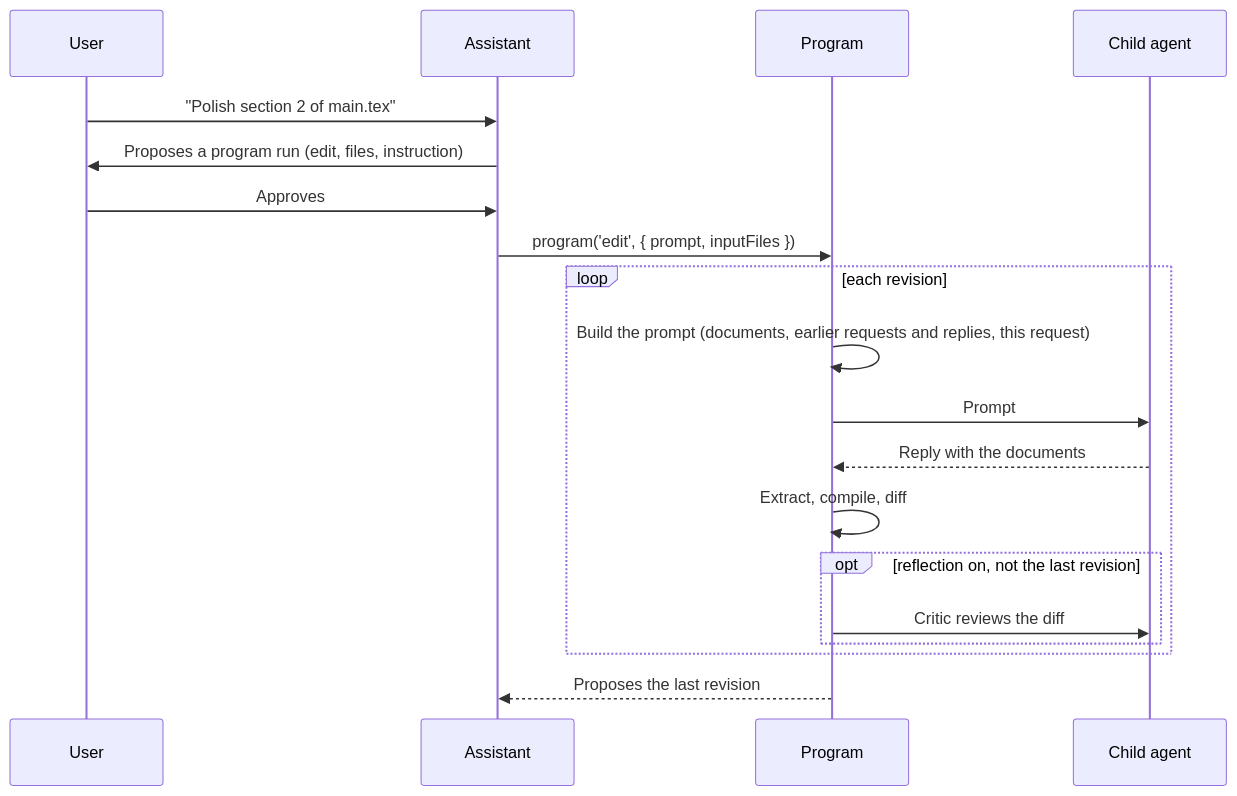
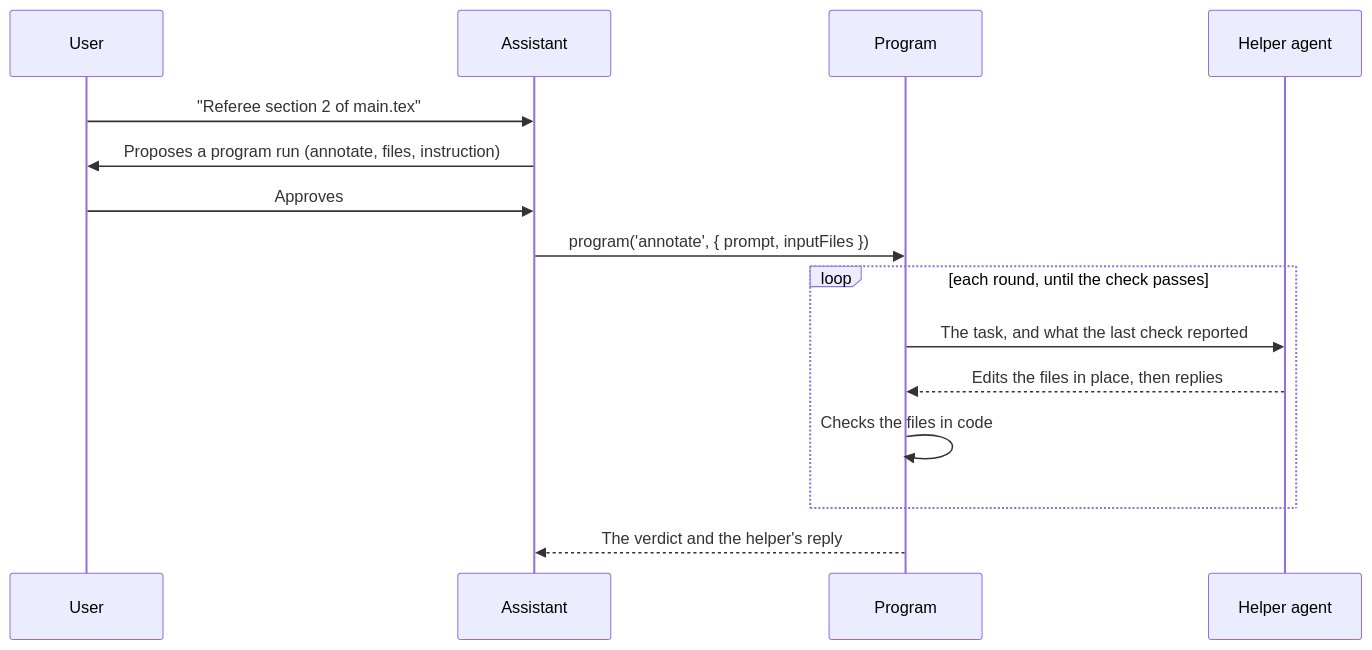
The diagram in docs/guide/agent-architecture.md (LionSR/TeXRA), drawn with Mermaid before and after one commit. The commit also changed other lines of this file and 370 other files, not shown here.

````diff
--- a/docs/guide/agent-architecture.md
+++ b/docs/guide/agent-architecture.md
@@ -42,22 +15,18 @@
 ```mermaid
 sequenceDiagram
     participant User
     participant Assistant
     participant Program
-    participant Child agent
+    participant Helper agent
 
-    User->>Assistant: "Polish section 2 of main.tex"
-    Assistant->>User: Proposes a program run (edit, files, instruction)
+    User->>Assistant: "Referee section 2 of main.tex"
+    Assistant->>User: Proposes a program run (annotate, files, instruction)
     User->>Assistant: Approves
-    Assistant->>Program: program('edit', { prompt, inputFiles })
-    loop each revision
-        Program->>Program: Build the prompt (documents, earlier requests and replies, this request)
-        Program->>Child agent: Prompt
-        Child agent-->>Program: Reply with the documents
-        Program->>Program: Extract, compile, diff
-        opt reflection on, not the last revision
-            Program->>Child agent: Critic reviews the diff
-        end
+    Assistant->>Program: program('annotate', { prompt, inputFiles })
+    loop each round, until the check passes
+        Program->>Helper agent: The task, and what the last check reported
+        Helper agent-->>Program: Edits the files in place, then replies
+        Program->>Program: Checks the files in code
     end
-    Program-->>Assistant: Proposes the last revision
+    Program-->>Assistant: The verdict and the helper's reply
 ```
````
